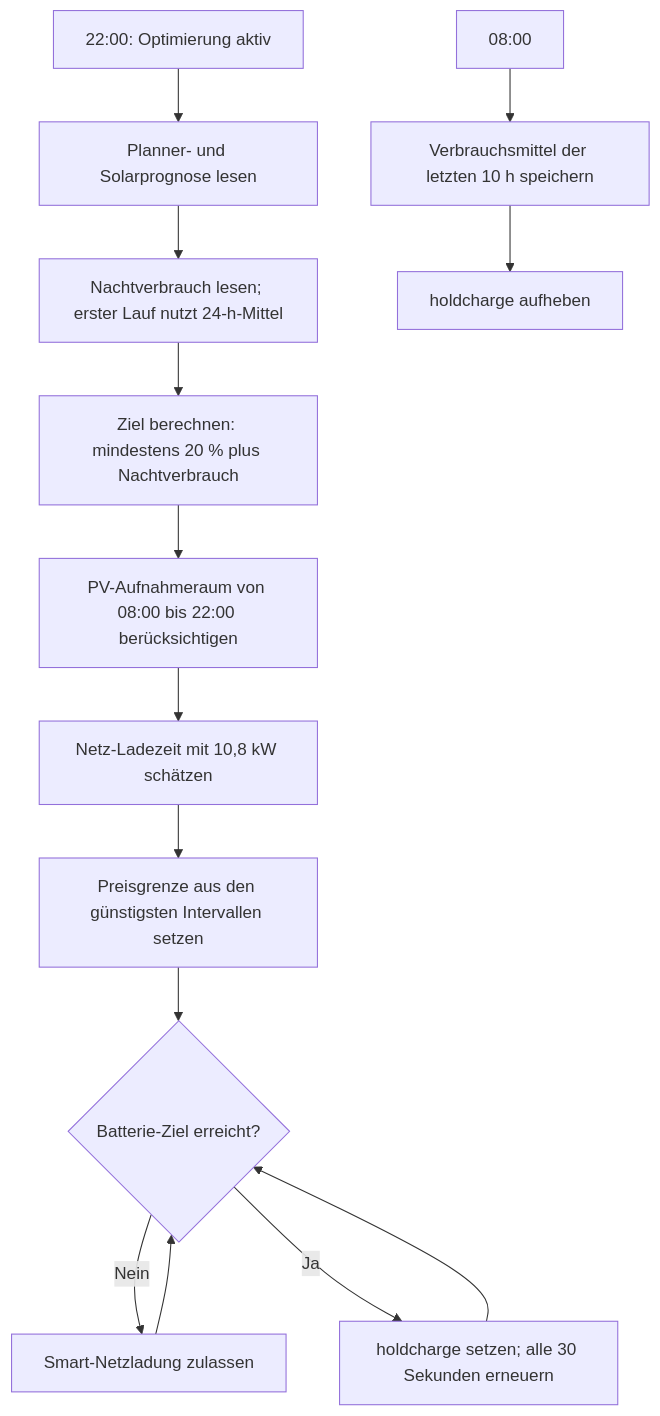
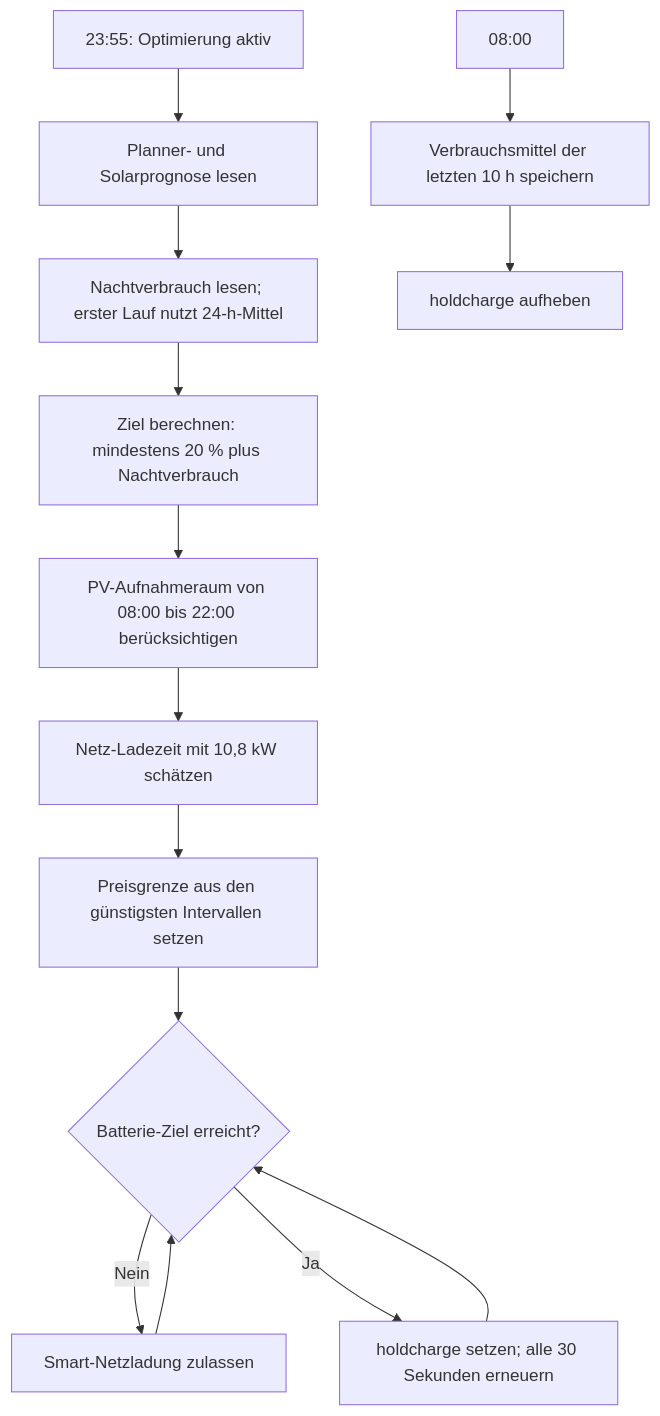
The diagram in home-assistant/evcc/EVCC_PREISOPTIMIERUNG.md (synb10se/docs), drawn with Mermaid before and after one commit. The commit also changed other lines of this file and 1 other file, not shown here.

Commit message:
… und dokumentiert

````diff
--- a/home-assistant/evcc/EVCC_PREISOPTIMIERUNG.md
+++ b/home-assistant/evcc/EVCC_PREISOPTIMIERUNG.md
@@ -39,16 +39,16 @@
 ```mermaid
 flowchart TD
-	A[22:00: Optimierung aktiv] --> B[Planner- und Solarprognose lesen]
+	A[23:55: Optimierung aktiv] --> B[Planner- und Solarprognose lesen]
 	B --> C[Nachtverbrauch lesen; erster Lauf nutzt 24-h-Mittel]
 	C --> D[Ziel berechnen: mindestens 20 % plus Nachtverbrauch]
 	D --> E[PV-Aufnahmeraum von 08:00 bis 22:00 berücksichtigen]
 	E --> F[Netz-Ladezeit mit 10,8 kW schätzen]
 	F --> G[Preisgrenze aus den günstigsten Intervallen setzen]
 	G --> H{Batterie-Ziel erreicht?}
 	H -- Nein --> I[Smart-Netzladung zulassen]
 	H -- Ja --> J[holdcharge setzen; alle 30 Sekunden erneuern]
 	I --> H
 	J --> H
 	K[08:00] --> L[Verbrauchsmittel der letzten 10 h speichern]
 	L --> M[holdcharge aufheben]
 ```
````
